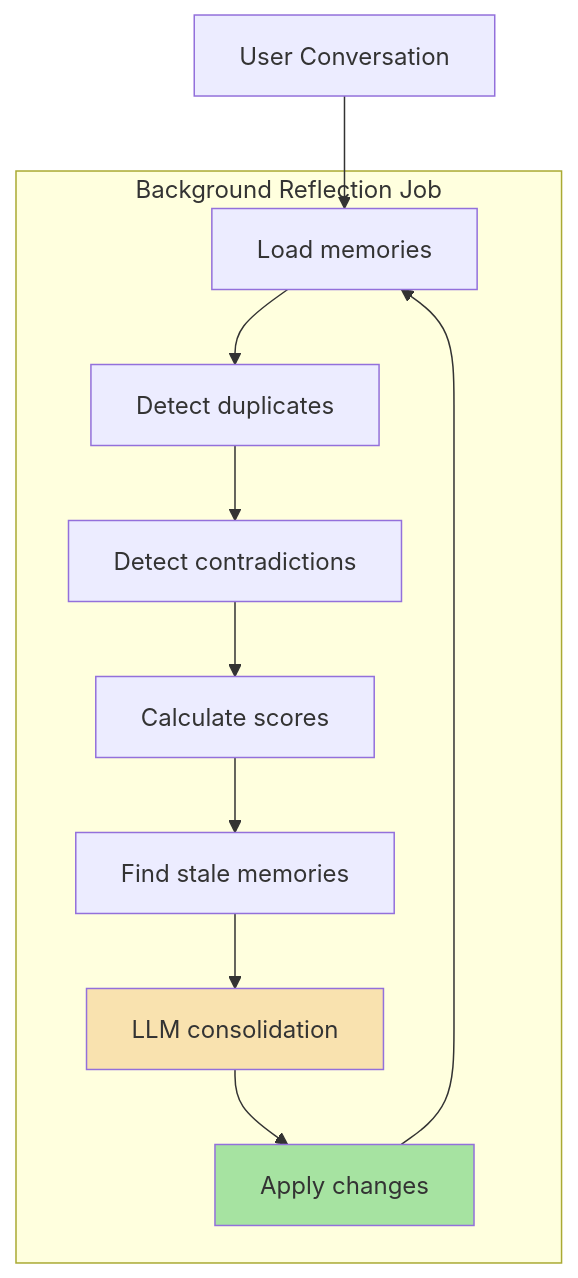
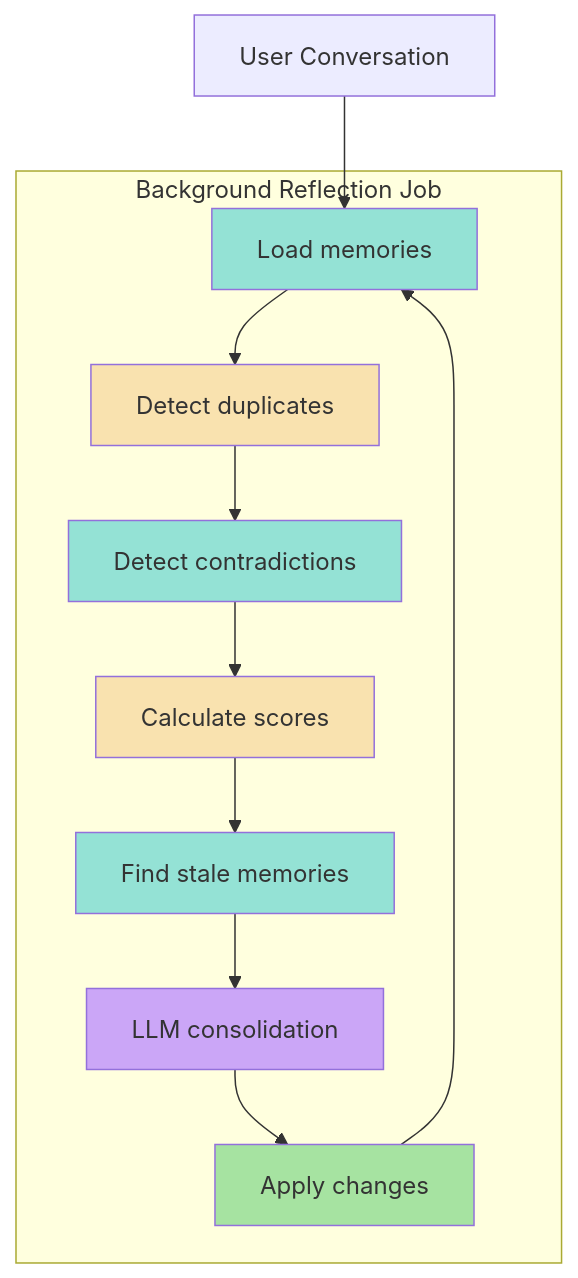
The second of 7 diagrams in Lecture 19 - Agent Memory Systems/notes/06_Claude_Style_Memory_Dreaming_and_Background_Reflection.md (Amie-dev/FDE-and-GenAI-Mastery), drawn with Mermaid before and after one commit. The commit also changed other lines of this file and 9 other files, not shown here.

````diff
--- a/Lecture 19 - Agent Memory Systems/notes/06_Claude_Style_Memory_Dreaming_and_Background_Reflection.md
+++ b/Lecture 19 - Agent Memory Systems/notes/06_Claude_Style_Memory_Dreaming_and_Background_Reflection.md
@@ -28,19 +36,24 @@
 ```mermaid
 flowchart TD
     subgraph Background["Background Reflection Job"]
         B1["Load memories"]
         B2["Detect duplicates"]
         B3["Detect contradictions"]
         B4["Calculate scores"]
         B5["Find stale memories"]
         B6["LLM consolidation"]
         B7["Apply changes"]
     end
-
+    
     U["User Conversation"] --> B1
     B1 --> B2 --> B3 --> B4 --> B5 --> B6 --> B7
     B7 --> B1
     
-    style B6 fill:#f9e2af
+    style B1 fill:#94e2d5
+    style B2 fill:#f9e2af
+    style B3 fill:#94e2d5
+    style B4 fill:#f9e2af
+    style B5 fill:#94e2d5
+    style B6 fill:#cba6f7
     style B7 fill:#a6e3a1
 ```
````
